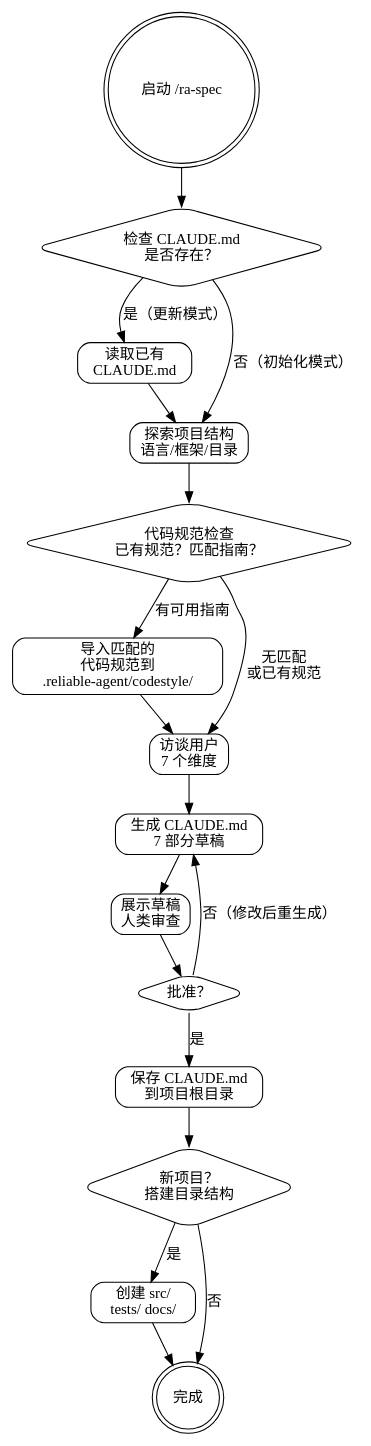
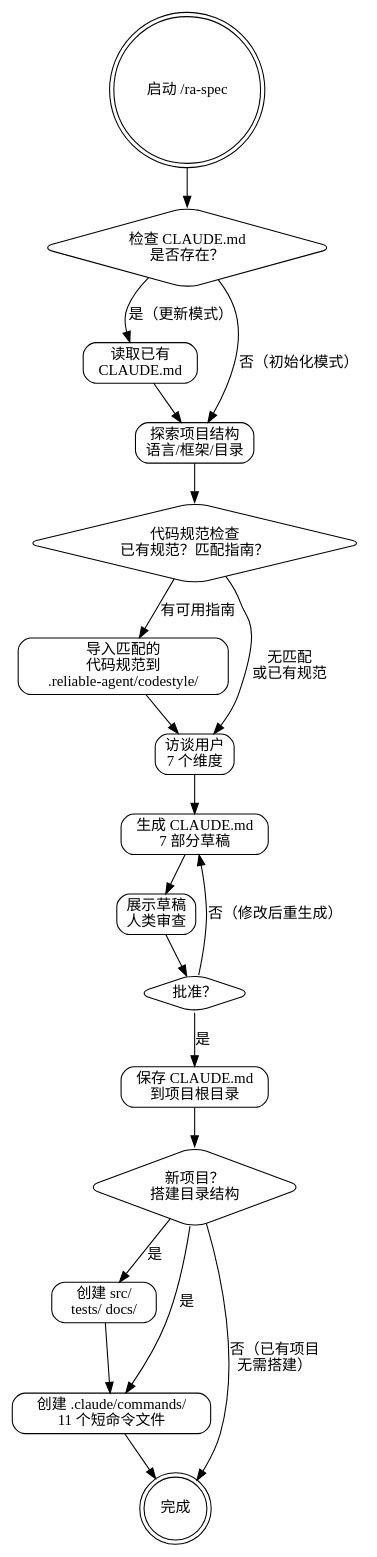
Before and after one commit to sueichen/reliable-agent: the diagram in skills/ra-spec/SKILL.md, drawn with Graphviz. The commit also changed other lines of this file and 2 other files, not shown here.

First line of the commit message:
feat(skills): add .claude/commands/ short-command alias creation to ra-spec

````diff
--- a/skills/ra-spec/SKILL.md
+++ b/skills/ra-spec/SKILL.md
@@ -29,39 +29,42 @@
 ```dot
 digraph reliable_spec {
     rankdir=TB;
     node [shape=box, style=rounded];
 
     start [label="启动 /ra-spec", shape=doublecircle];
     check_existing [label="检查 CLAUDE.md\n是否存在？", shape=diamond];
     read_existing [label="读取已有\nCLAUDE.md"];
     explore [label="探索项目结构\n语言/框架/目录"];
     codestyle_check [label="代码规范检查\n已有规范？匹配指南？", shape=diamond];
     import_style [label="导入匹配的\n代码规范到\n.reliable-agent/codestyle/"];
     interview [label="访谈用户\n7 个维度"];
     generate [label="生成 CLAUDE.md\n7 部分草稿"];
     present [label="展示草稿\n人类审查"];
     approved [label="批准？", shape=diamond];
     save [label="保存 CLAUDE.md\n到项目根目录"];
     scaffold [label="新项目？\n搭建目录结构", shape=diamond];
     create_dirs [label="创建 src/\ntests/ docs/"];
+    create_commands [label="创建 .claude/commands/\n11 个短命令文件"];
     done [label="完成", shape=doublecircle];
 
     start -> check_existing;
     check_existing -> read_existing [label="是（更新模式）"];
     check_existing -> explore [label="否（初始化模式）"];
     read_existing -> explore;
     explore -> codestyle_check;
     codestyle_check -> import_style [label="有可用指南"];
     codestyle_check -> interview [label="无匹配\n或已有规范"];
     import_style -> interview;
     interview -> generate;
     generate -> present;
     present -> approved;
     approved -> save [label="是"];
     approved -> generate [label="否（修改后重生成）"];
     save -> scaffold;
     scaffold -> create_dirs [label="是"];
-    scaffold -> done [label="否"];
-    create_dirs -> done;
+    scaffold -> create_commands [label="是"];
+    scaffold -> done [label="否（已有项目\n无需搭建）"];
+    create_dirs -> create_commands;
+    create_commands -> done;
 }
 ```
````
